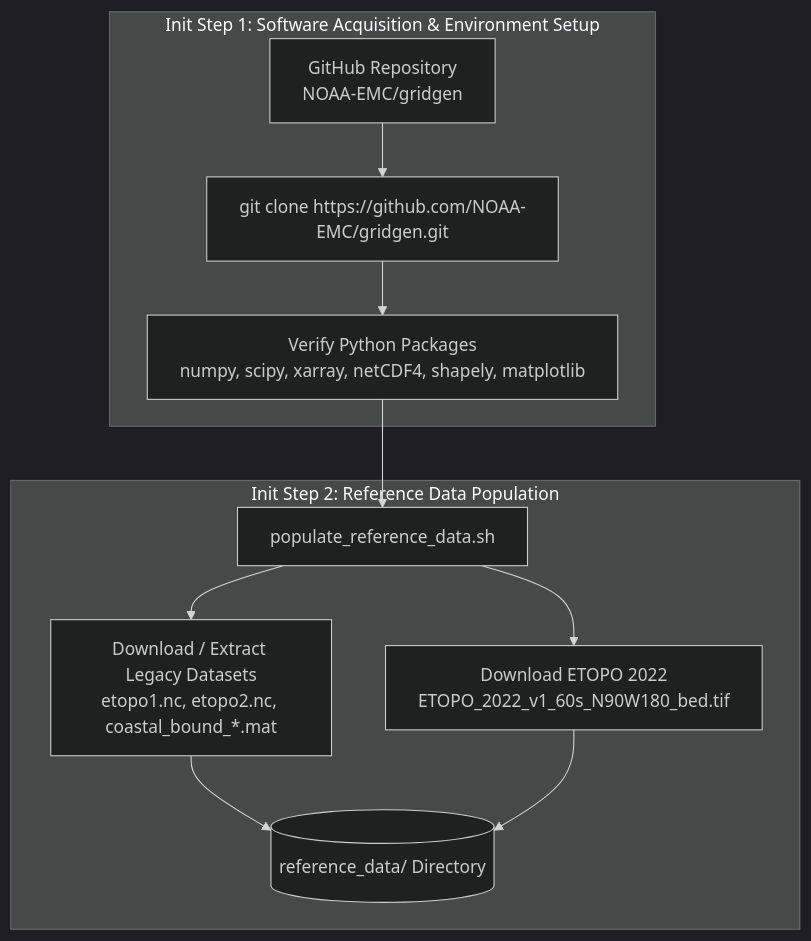
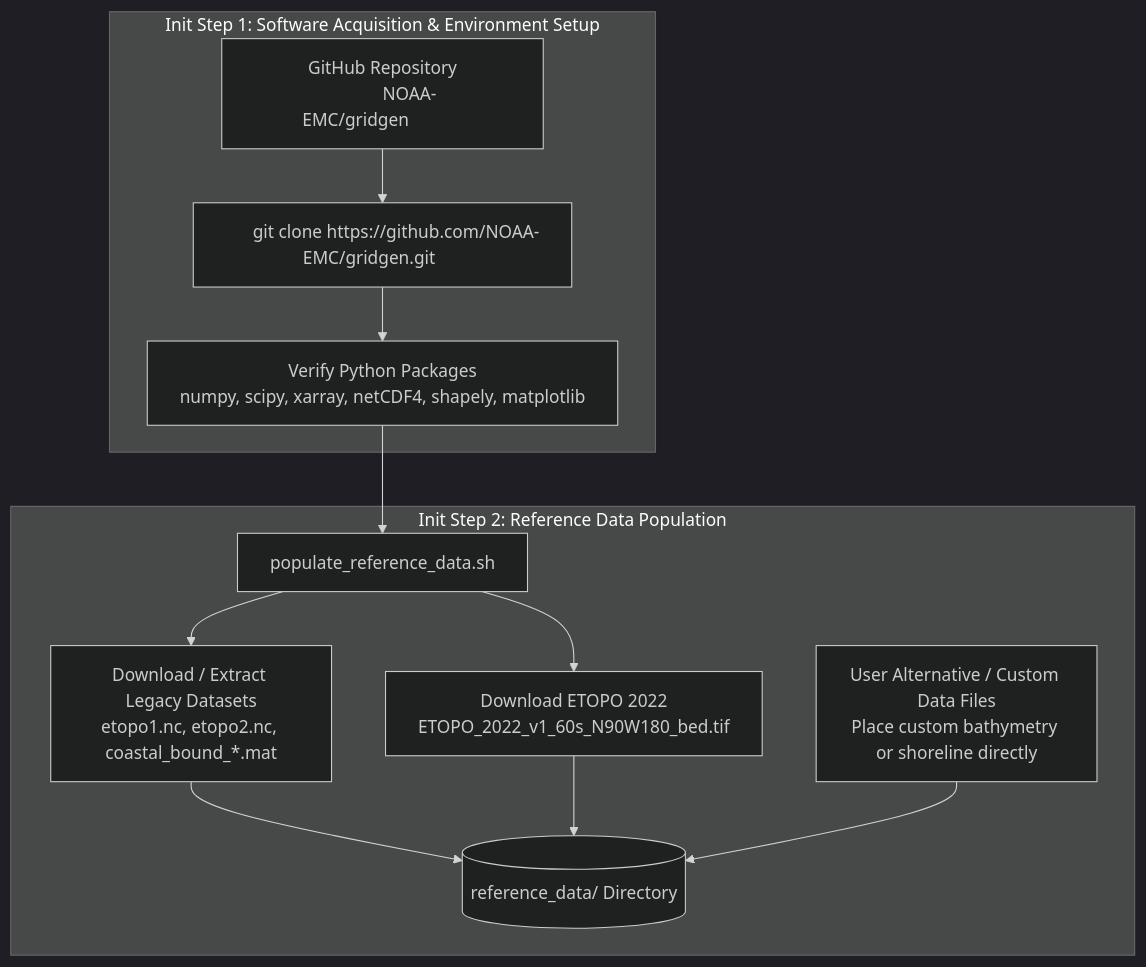
The first of 2 diagrams in ARCHITECTURE.md (HendrikTolman-NOAA/gridgen), drawn with Mermaid (dark theme) before and after one commit. The commit also changed other lines of this file, not shown here.

Commit message:
doc: update ARCHITECTURE.md node padding and Init Step 2 user data guidance
Update ARCHITECTURE.md with symmetric padding on Init Step 1 nodes A0 and A1
so they render wider while remaining centered without wrapping. Add user
alternative data file placement instructions to Init Step 2 in both flowchart
and step-by-step description text.

````diff
--- a/ARCHITECTURE.md
+++ b/ARCHITECTURE.md
@@ -25,17 +25,19 @@
 ```mermaid
 flowchart TD
     subgraph Init Step 1: Software Acquisition & Environment Setup
-        A0["GitHub&nbsp;Repository<br/>NOAA-EMC/gridgen"] --> A1["git&nbsp;clone&nbsp;https://github.com/NOAA-EMC/gridgen.git"]
+        A0["&nbsp;&nbsp;&nbsp;&nbsp;&nbsp;&nbsp;&nbsp;&nbsp;&nbsp;&nbsp;&nbsp;&nbsp;GitHub&nbsp;Repository&nbsp;&nbsp;&nbsp;&nbsp;&nbsp;&nbsp;&nbsp;&nbsp;&nbsp;&nbsp;&nbsp;&nbsp;<br/>&nbsp;&nbsp;&nbsp;&nbsp;&nbsp;&nbsp;&nbsp;&nbsp;&nbsp;&nbsp;&nbsp;&nbsp;NOAA-EMC/gridgen&nbsp;&nbsp;&nbsp;&nbsp;&nbsp;&nbsp;&nbsp;&nbsp;&nbsp;&nbsp;&nbsp;&nbsp;"] --> A1["&nbsp;&nbsp;&nbsp;&nbsp;&nbsp;&nbsp;git&nbsp;clone&nbsp;https://github.com/NOAA-EMC/gridgen.git&nbsp;&nbsp;&nbsp;&nbsp;&nbsp;&nbsp;"]
         A1 --> A2["Verify&nbsp;Python&nbsp;Packages<br/>numpy,&nbsp;scipy,&nbsp;xarray,&nbsp;netCDF4,&nbsp;shapely,&nbsp;matplotlib"]
     end
 
     subgraph Init Step 2: Reference Data Population
         B[populate_reference_data.sh]
         B --> C1[Download / Extract Legacy Datasets<br/>etopo1.nc, etopo2.nc, coastal_bound_*.mat]
         B --> C2[Download ETOPO 2022<br/>ETOPO_2022_v1_60s_N90W180_bed.tif]
+        C3[User Alternative / Custom Data Files<br/>Place custom bathymetry or shoreline directly]
         C1 --> D[(reference_data/ Directory)]
         C2 --> D
+        C3 --> D
     end
 
     A2 --> B
 ```
````
